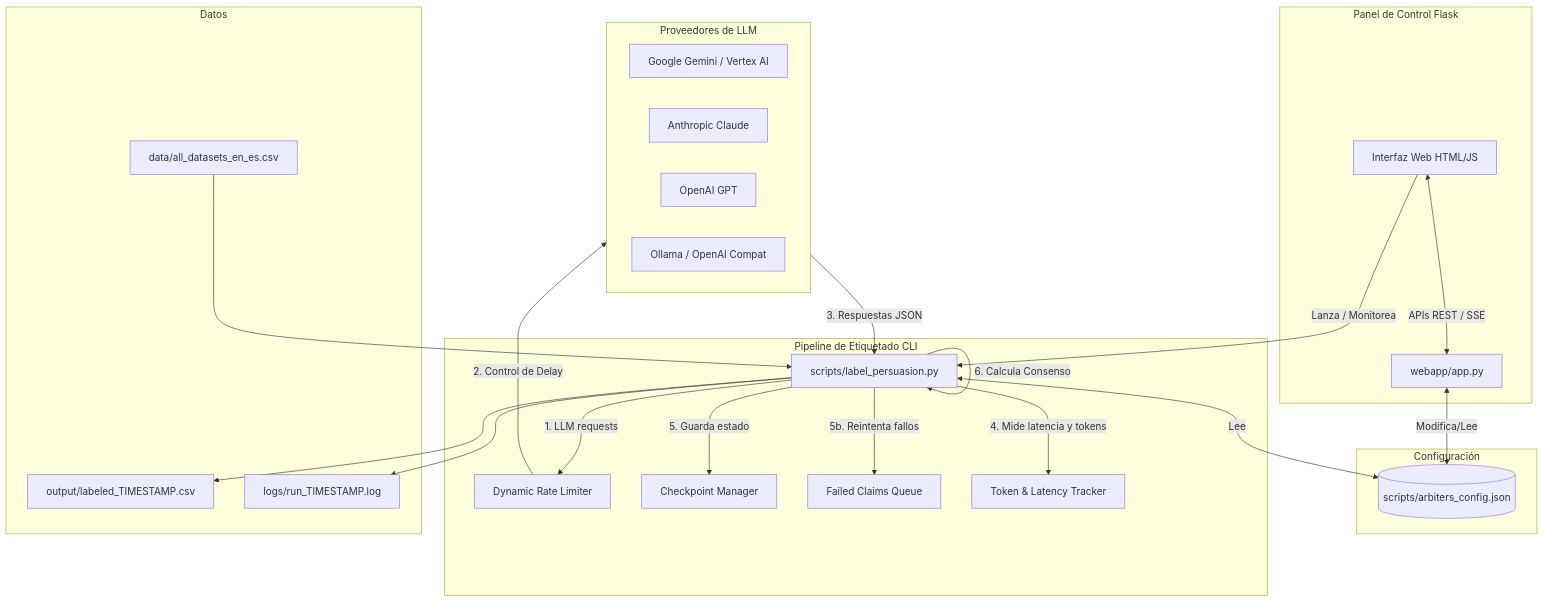
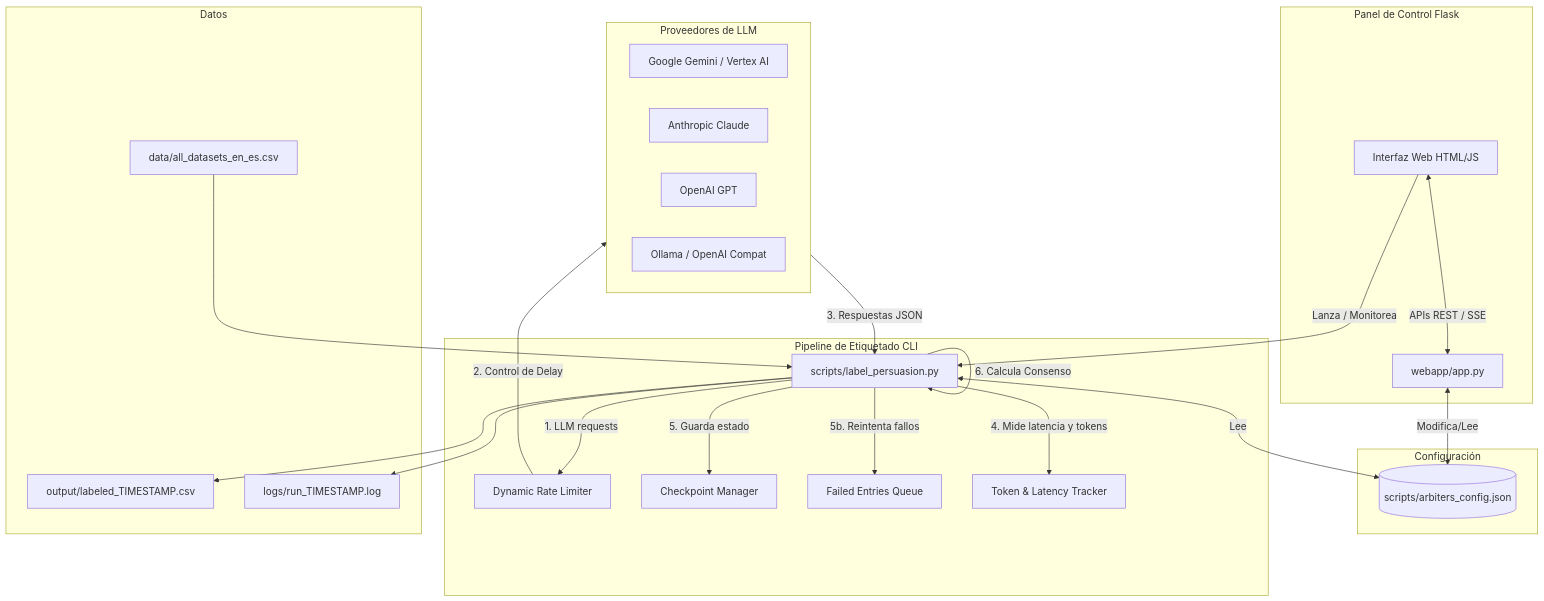
One commit to lbustio/LabelForge changed the diagram in README.md. Above: the diagram before and after it, drawn with Mermaid. The commit also changed other lines of this file and 17 other files, not shown here.

````diff
--- a/README.md
+++ b/README.md
@@ -14,45 +14,45 @@
 ```mermaid
 flowchart TD
     subgraph WebApp [Panel de Control Flask]
         UI[Interfaz Web HTML/JS] <-->|APIs REST / SSE| Server[webapp/app.py]
     end
 
     subgraph Config [Configuración]
         CfgFile[(scripts/arbiters_config.json)]
     end
 
     subgraph Pipeline [Pipeline de Etiquetado CLI]
         Runner[scripts/label_persuasion.py]
         Limiter[Dynamic Rate Limiter]
         Checkpoint[Checkpoint Manager]
-        FailedQ[Failed Claims Queue]
+        FailedQ[Failed Entries Queue]
         Metrics[Token & Latency Tracker]
     end
 
     subgraph LLM_Providers [Proveedores de LLM]
         Gemini[Google Gemini / Vertex AI]
         Anthropic[Anthropic Claude]
         OpenAI[OpenAI GPT]
         Local[Ollama / OpenAI Compat]
     end
 
     subgraph Data [Datos]
         InputCSV[data/all_datasets_en_es.csv]
         OutputCSV[output/labeled_TIMESTAMP.csv]
         LogFile[logs/run_TIMESTAMP.log]
     end
 
     Server <-->|Modifica/Lee| CfgFile
     Runner <-->|Lee| CfgFile
     UI -->|Lanza / Monitorea| Runner
     InputCSV --> Runner
     Runner -->|1. LLM requests| Limiter
     Limiter -->|2. Control de Delay| LLM_Providers
     LLM_Providers -->|3. Respuestas JSON| Runner
     Runner -->|4. Mide latencia y tokens| Metrics
     Runner -->|5. Guarda estado| Checkpoint
     Runner -->|5b. Reintenta fallos| FailedQ
     Runner -->|6. Calcula Consenso| Runner
     Runner --> OutputCSV
     Runner --> LogFile
 ```
````
